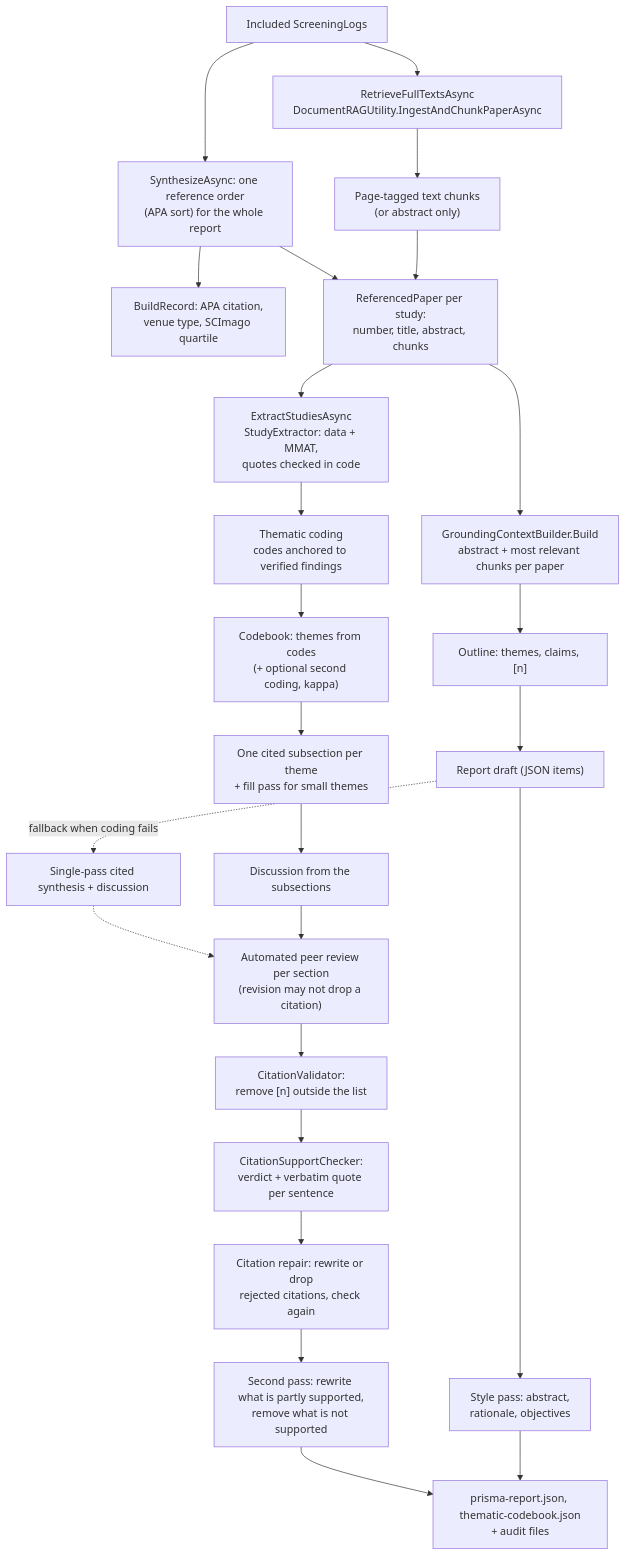
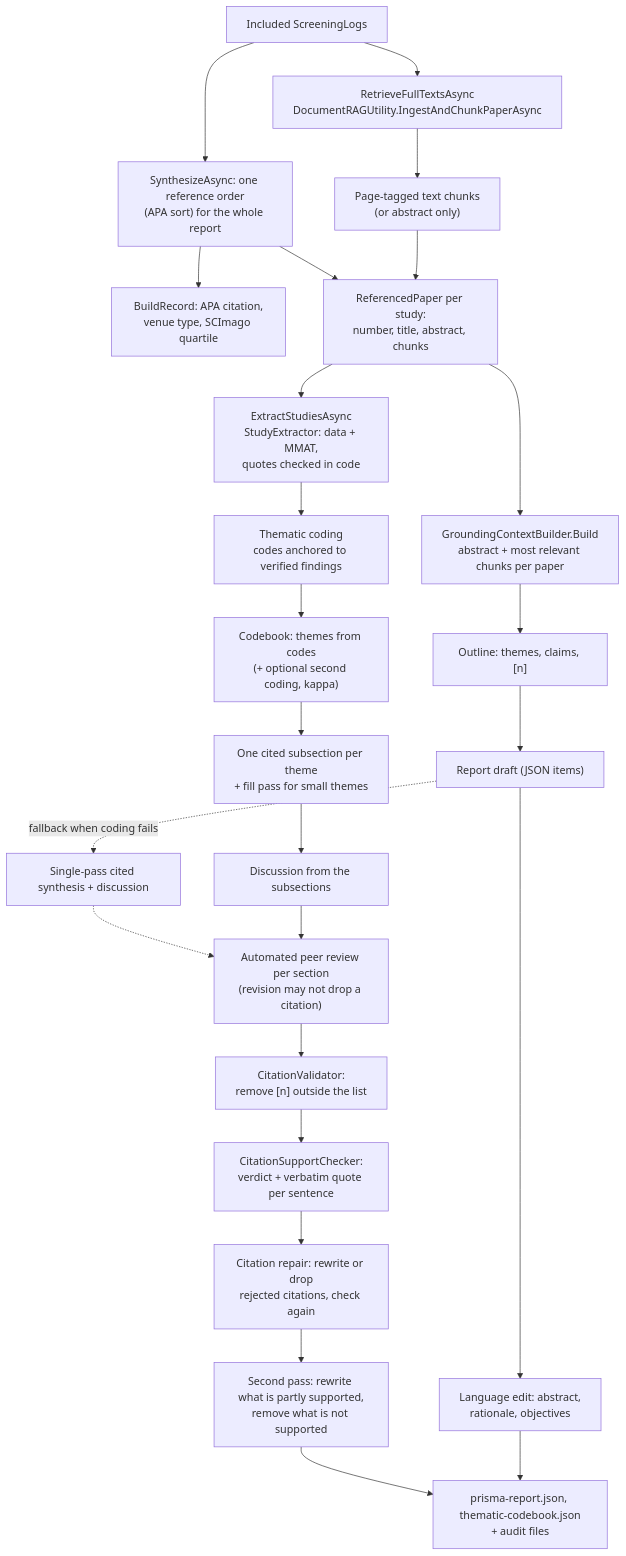
One commit to lauPhilip/au-btech-literature-review-agent changed the diagram in docs/wiki/04-evidence-and-report.md. Above: the diagram before and after it, drawn with Mermaid. The commit also changed other lines of this file and 2 other files, not shown here.

````diff
--- a/docs/wiki/04-evidence-and-report.md
+++ b/docs/wiki/04-evidence-and-report.md
@@ -7,26 +7,26 @@
 ```mermaid
 flowchart TD
     INC["Included ScreeningLogs"] --> FT["RetrieveFullTextsAsync<br/>DocumentRAGUtility.IngestAndChunkPaperAsync"]
     FT --> CH["Page-tagged text chunks<br/>(or abstract only)"]
     INC --> ORD["SynthesizeAsync: one reference order<br/>(APA sort) for the whole report"]
     ORD --> REC["BuildRecord: APA citation,<br/>venue type, SCImago quartile"]
     CH --> REF["ReferencedPaper per study:<br/>number, title, abstract, chunks"]
     ORD --> REF
     REF --> EX["ExtractStudiesAsync<br/>StudyExtractor: data + MMAT,<br/>quotes checked in code"]
     REF --> GC["GroundingContextBuilder.Build<br/>abstract + most relevant chunks per paper"]
     GC --> OUT["Outline: themes, claims, [n]"]
     OUT --> DR["Report draft (JSON items)"]
-    DR --> ST["Style pass: abstract,<br/>rationale, objectives"]
+    DR --> ST["Language edit: abstract,<br/>rationale, objectives"]
     EX --> COD["Thematic coding<br/>codes anchored to verified findings"]
     COD --> CB["Codebook: themes from codes<br/>(+ optional second coding, kappa)"]
     CB --> TS["One cited subsection per theme<br/>+ fill pass for small themes"]
     TS --> DIS["Discussion from the subsections"]
     DIS --> PRV["Automated peer review per section<br/>(revision may not drop a citation)"]
     DR -. "fallback when coding fails" .-> CS["Single-pass cited synthesis + discussion"]
     CS -.-> PRV
     PRV --> RV["CitationValidator:<br/>remove [n] outside the list"]
     RV --> SC["CitationSupportChecker:<br/>verdict + verbatim quote per sentence"]
     SC --> RP["Citation repair: rewrite or drop<br/>rejected citations, check again"]
     RP --> RP2["Second pass: rewrite what is partly supported,<br/>remove what is not supported"]
     ST & RP2 --> REP["prisma-report.json, thematic-codebook.json<br/>+ audit files"]
 ```
````
